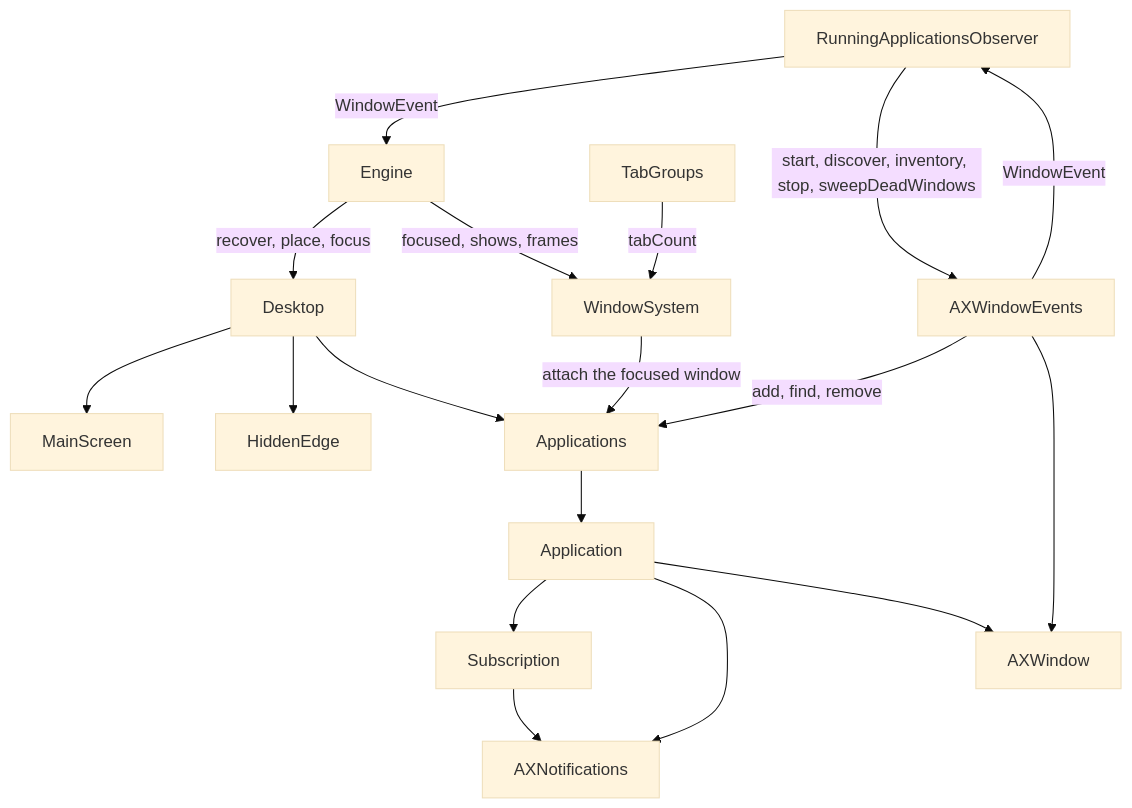
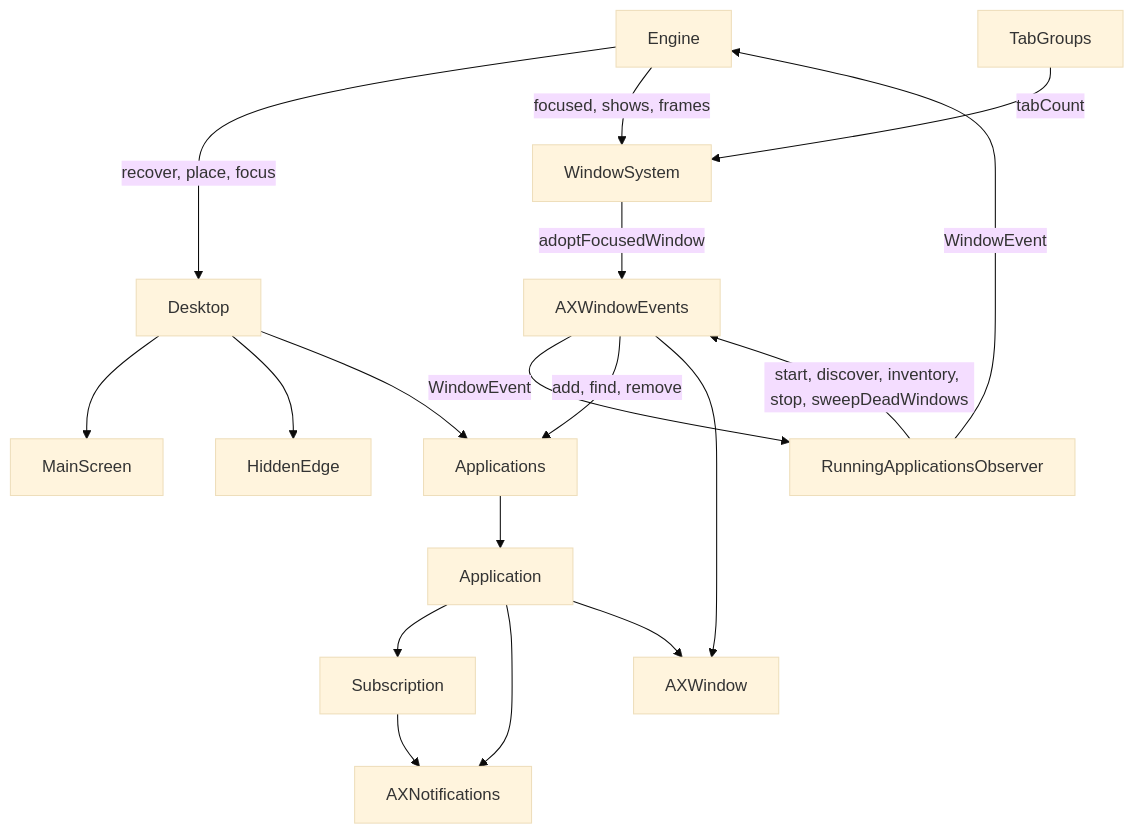
The fifth of 18 diagrams in ARCHITECTURE.md (brennovich/ottowm), drawn with Mermaid (base theme) before and after one commit. The commit also changed other lines of this file and 4 other files, not shown here.

First line of the commit message:
Read the focused window through AXWindowEvents

````diff
--- a/ARCHITECTURE.md
+++ b/ARCHITECTURE.md
@@ -133,20 +133,20 @@
 ```mermaid
 flowchart TB
     Engine -->|recover, place, focus| Desktop
     Engine -->|focused, shows, frames| WindowSystem
     TabGroups -->|tabCount| WindowSystem
     RunningApplicationsObserver -->|WindowEvent| Engine
     Desktop --> MainScreen
     Desktop --> HiddenEdge
     Desktop --> Applications
-    WindowSystem -->|attach the focused window| Applications
+    WindowSystem -->|adoptFocusedWindow| AXWindowEvents
     RunningApplicationsObserver -->|start, discover, inventory, stop, sweepDeadWindows| AXWindowEvents
     AXWindowEvents -->|WindowEvent| RunningApplicationsObserver
     AXWindowEvents -->|add, find, remove| Applications
     Applications --> Application
     Application --> Subscription
     Application --> AXNotifications
     Application --> AXWindow
     Subscription --> AXNotifications
     AXWindowEvents --> AXWindow
 ```
````
